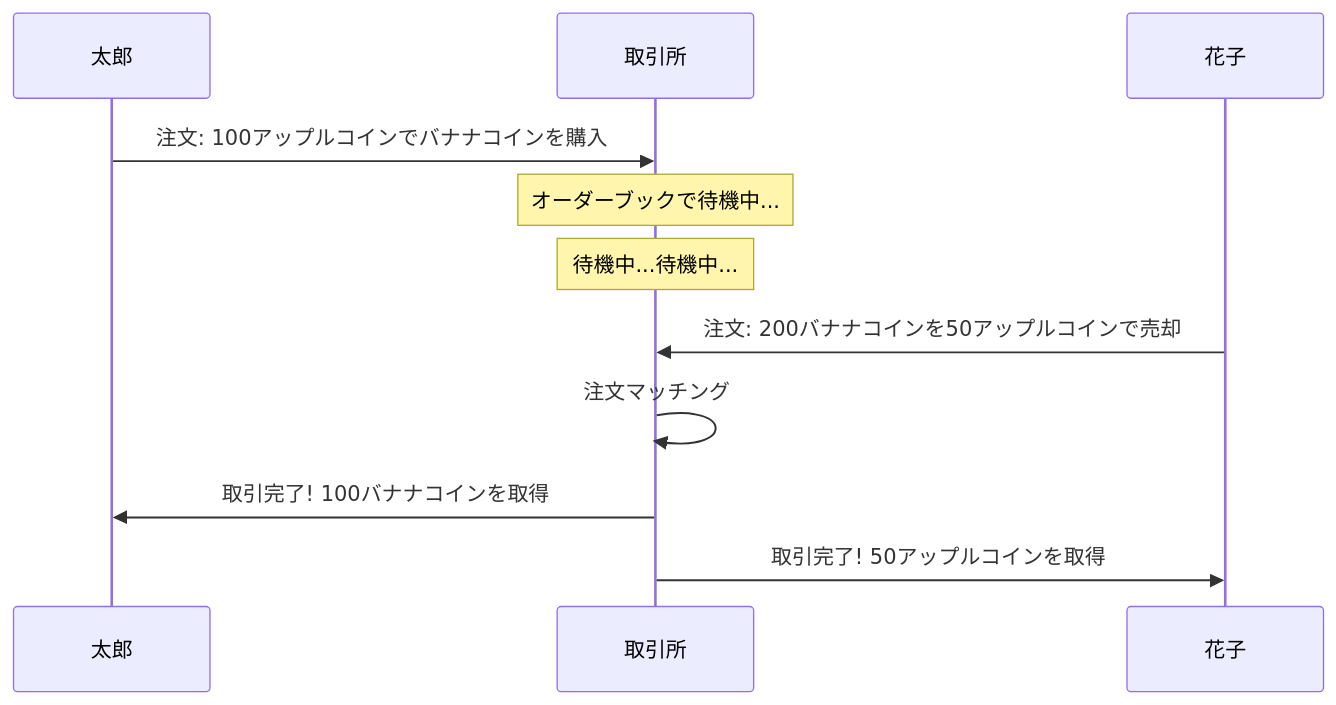
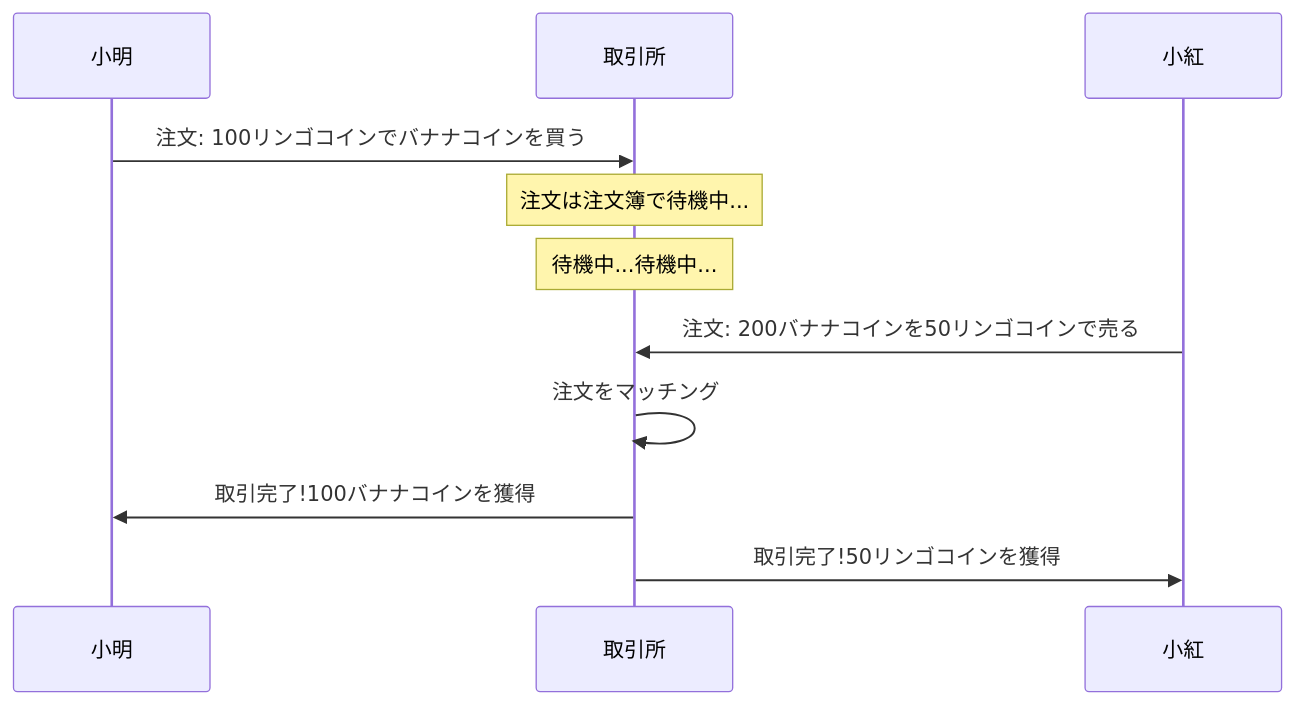
One commit to pinpetfun/pinpet-book changed the first of 9 diagrams in doc/ja/AMM_Market_Making.md. Above: the diagram before and after it, drawn with Mermaid. The commit also changed other lines of this file and 54 other files, not shown here.

````diff
--- a/doc/ja/AMM_Market_Making.md
+++ b/doc/ja/AMM_Market_Making.md
@@ -37,14 +37,14 @@
 ```mermaid
 sequenceDiagram
-    participant 太郎
+    participant 小明
     participant 取引所
-    participant 花子
+    participant 小紅
 
-    太郎->>取引所: 注文: 100アップルコインでバナナコインを購入
-    Note over 取引所: オーダーブックで待機中...
+    小明->>取引所: 注文: 100リンゴコインでバナナコインを買う
+    Note over 取引所: 注文は注文簿で待機中...
     Note over 取引所: 待機中...待機中...
-    花子->>取引所: 注文: 200バナナコインを50アップルコインで売却
-    取引所->>取引所: 注文マッチング
-    取引所->>太郎: 取引完了! 100バナナコインを取得
-    取引所->>花子: 取引完了! 50アップルコインを取得
+    小紅->>取引所: 注文: 200バナナコインを50リンゴコインで売る
+    取引所->>取引所: 注文をマッチング
+    取引所->>小明: 取引完了!100バナナコインを獲得
+    取引所->>小紅: 取引完了!50リンゴコインを獲得
 ```
````
